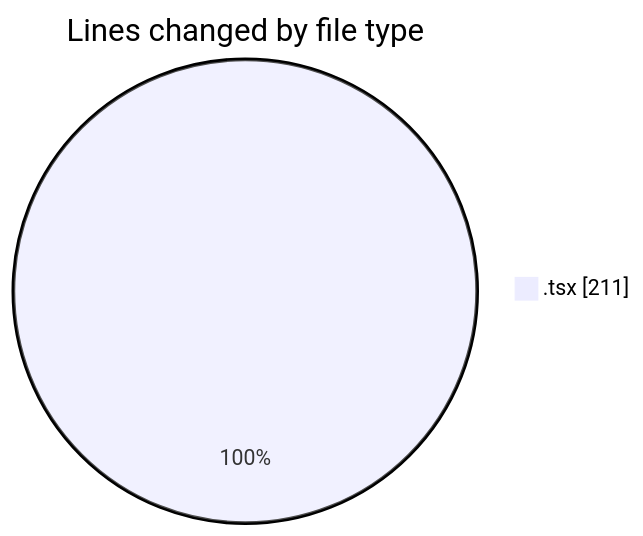
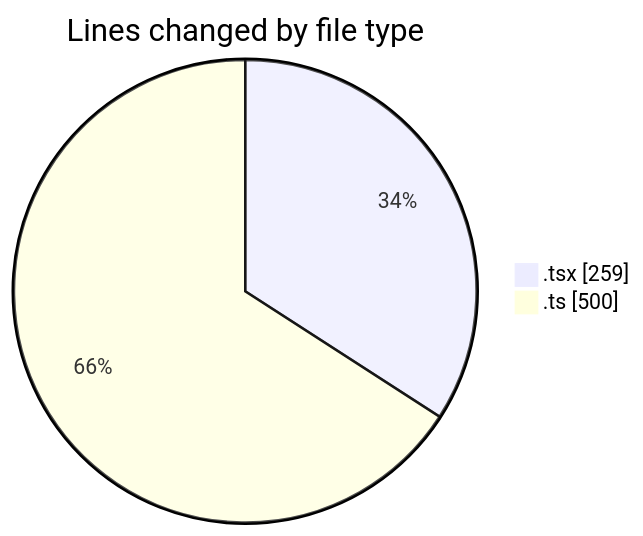
One commit to momahboobian/code-tracking changed the first of 2 diagrams in 2026-03-27/cda/README.md. Above: the diagram before and after it, drawn with Mermaid. The commit also changed other lines of this file and 1 other file, not shown here.

````diff
--- a/2026-03-27/cda/README.md
+++ b/2026-03-27/cda/README.md
@@ -20,5 +22,6 @@
 ```mermaid
 pie showData
 title Lines changed by file type
-".tsx" : 211
+".tsx" : 259
+".ts" : 500
 ```
````
